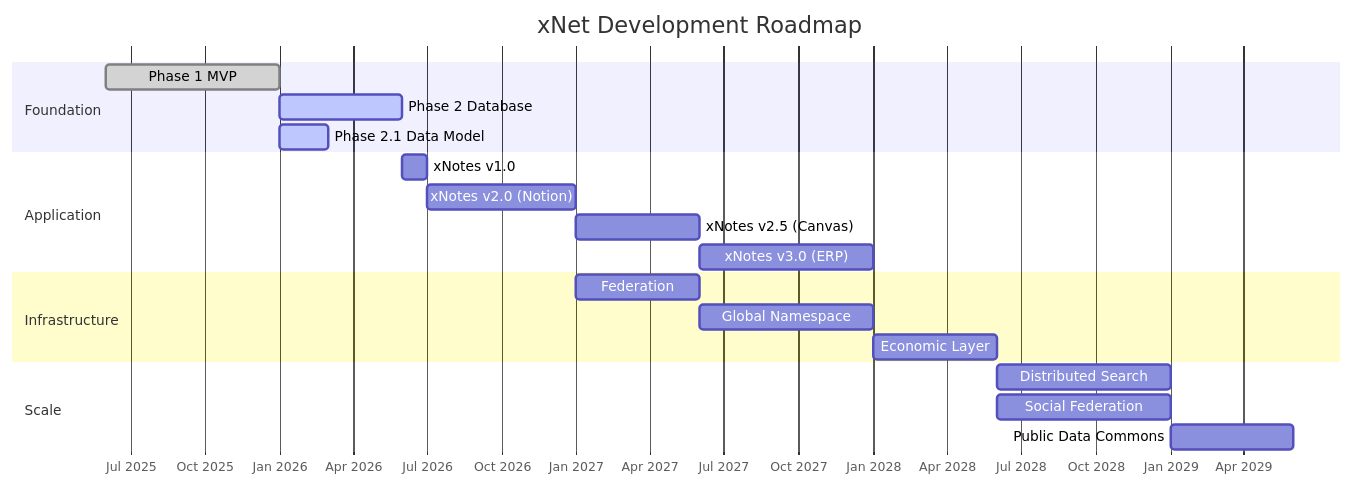
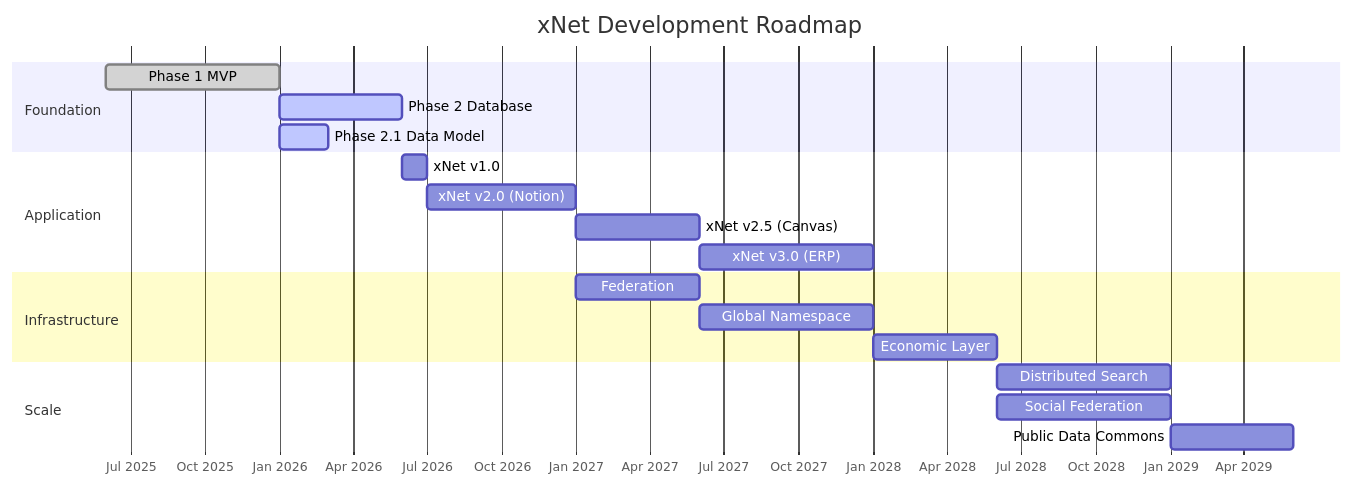
One commit to crs48/xNet changed the sixth of 6 diagrams in docs/VISION.md. Above: the diagram before and after it, drawn with Mermaid. The commit also changed other lines of this file and 44 other files, not shown here.

First line of the commit message:
Rename xNotes to xNet throughout codebase

````diff
--- a/docs/VISION.md
+++ b/docs/VISION.md
@@ -443,27 +443,27 @@
 ```mermaid
 gantt
     title xNet Development Roadmap
     dateFormat  YYYY-MM
     axisFormat  %b %Y
 
     section Foundation
     Phase 1 MVP              :done, 2025-06, 2026-01
     Phase 2 Database         :active, 2026-01, 2026-06
     Phase 2.1 Data Model     :active, 2026-01, 2026-03
 
     section Application
-    xNotes v1.0              :2026-06, 2026-07
-    xNotes v2.0 (Notion)     :2026-07, 2027-01
-    xNotes v2.5 (Canvas)     :2027-01, 2027-06
-    xNotes v3.0 (ERP)        :2027-06, 2028-01
+    xNet v1.0              :2026-06, 2026-07
+    xNet v2.0 (Notion)     :2026-07, 2027-01
+    xNet v2.5 (Canvas)     :2027-01, 2027-06
+    xNet v3.0 (ERP)        :2027-06, 2028-01
 
     section Infrastructure
     Federation               :2027-01, 2027-06
     Global Namespace         :2027-06, 2028-01
     Economic Layer           :2028-01, 2028-06
 
     section Scale
     Distributed Search       :2028-06, 2029-01
     Social Federation        :2028-06, 2029-01
     Public Data Commons      :2029-01, 2029-06
 ```
````
